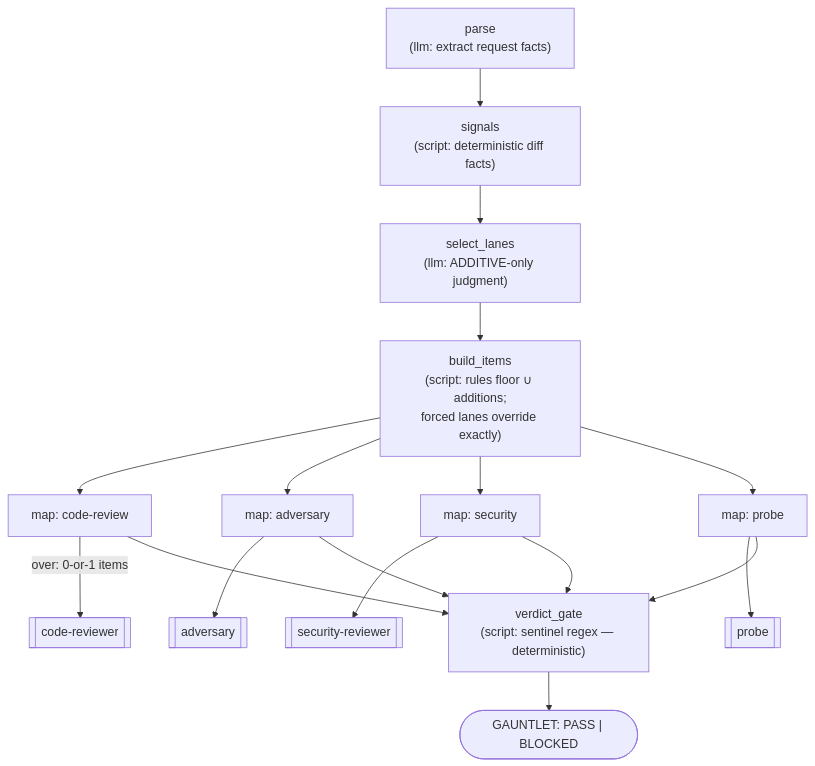
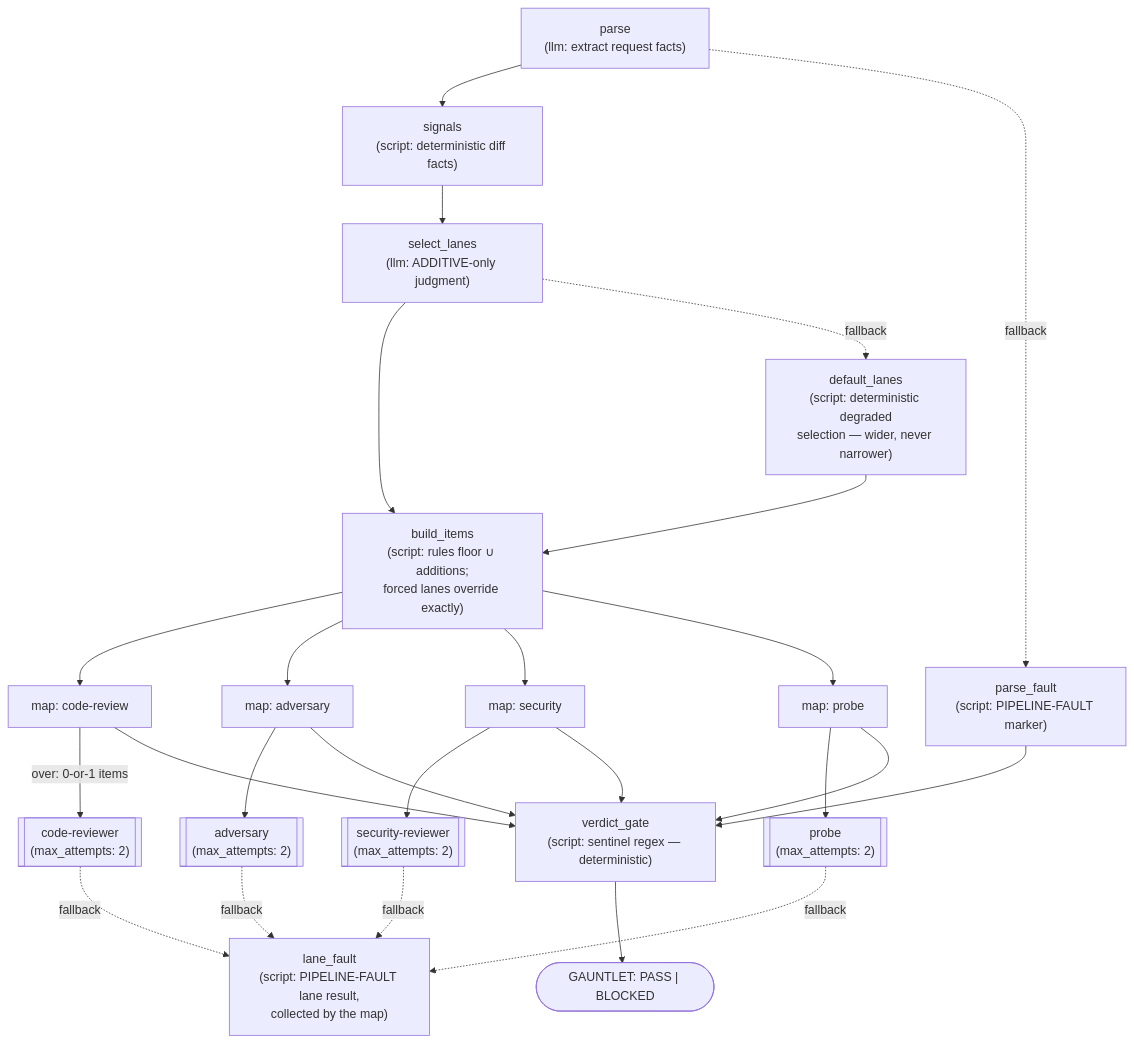
The diagram in assets/agents/review-gauntlet/README.md (Dark-Alex-17/coyote), drawn with Mermaid before and after one commit. The commit also changed other lines of this file and 7 other files, not shown here.

Commit message:
docs: sync agent READMEs + diagrams with resilience hardening

````diff
--- a/assets/agents/review-gauntlet/README.md
+++ b/assets/agents/review-gauntlet/README.md
@@ -11,13 +11,21 @@
 ```mermaid
 flowchart TD
     parse["parse<br/>(llm: extract request facts)"] --> signals["signals<br/>(script: deterministic diff facts)"]
+    parse -. "fallback" .-> pfault["parse_fault<br/>(script: PIPELINE-FAULT marker)"]
+    pfault --> gate
     signals --> select["select_lanes<br/>(llm: ADDITIVE-only judgment)"]
     select --> build["build_items<br/>(script: rules floor ∪ additions;<br/>forced lanes override exactly)"]
+    select -. "fallback" .-> dlanes["default_lanes<br/>(script: deterministic degraded<br/>selection — wider, never narrower)"]
+    dlanes --> build
     build --> mcr["map: code-review"] & madv["map: adversary"] & msec["map: security"] & mpb["map: probe"]
-    mcr -->|"over: 0-or-1 items"| rcr[["code-reviewer"]]
-    madv --> radv[["adversary"]]
-    msec --> rsec[["security-reviewer"]]
-    mpb --> rpb[["probe"]]
+    mcr -->|"over: 0-or-1 items"| rcr[["code-reviewer<br/>(max_attempts: 2)"]]
+    madv --> radv[["adversary<br/>(max_attempts: 2)"]]
+    msec --> rsec[["security-reviewer<br/>(max_attempts: 2)"]]
+    mpb --> rpb[["probe<br/>(max_attempts: 2)"]]
+    rcr -. "fallback" .-> lfault["lane_fault<br/>(script: PIPELINE-FAULT lane result,<br/>collected by the map)"]
+    radv -. "fallback" .-> lfault
+    rsec -. "fallback" .-> lfault
+    rpb -. "fallback" .-> lfault
     mcr & madv & msec & mpb --> gate["verdict_gate<br/>(script: sentinel regex — deterministic)"]
     gate --> done(["GAUNTLET: PASS | BLOCKED"])
 ```
````
